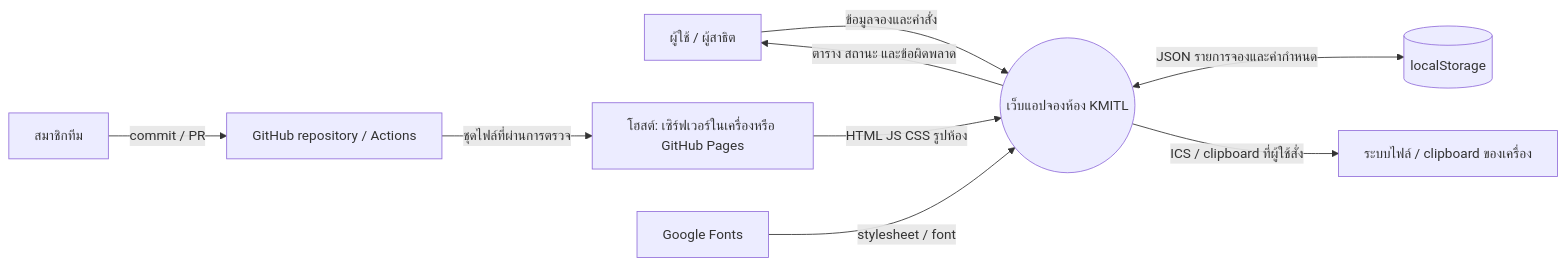
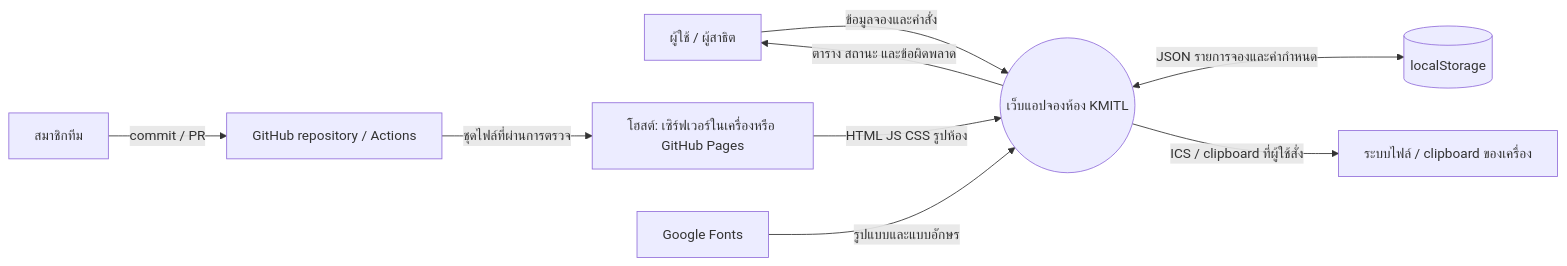
Before and after one commit to Pootanapat/smart-campus-booking: the first of 3 diagrams in docs/threat-model.md, drawn with Mermaid. The commit also changed other lines of this file and 2 other files, not shown here.

````diff
--- a/docs/threat-model.md
+++ b/docs/threat-model.md
@@ -25,11 +25,11 @@
 ```mermaid
 flowchart LR
   U[ผู้ใช้ / ผู้สาธิต] -->|ข้อมูลจองและคำสั่ง| APP((เว็บแอปจองห้อง KMITL))
   APP -->|ตาราง สถานะ และข้อผิดพลาด| U
   APP <-->|JSON รายการจองและค่ากำหนด| LS[(localStorage)]
   APP -->|ICS / clipboard ที่ผู้ใช้สั่ง| FILE[ระบบไฟล์ / clipboard ของเครื่อง]
   HOST[โฮสต์: เซิร์ฟเวอร์ในเครื่องหรือ GitHub Pages] -->|HTML JS CSS รูปห้อง| APP
-  FONT[Google Fonts] -->|stylesheet / font| APP
+  FONT[Google Fonts] -->|รูปแบบและแบบอักษร| APP
   TEAM[สมาชิกทีม] -->|commit / PR| GH[GitHub repository / Actions]
   GH -->|ชุดไฟล์ที่ผ่านการตรวจ| HOST
 ```
````
